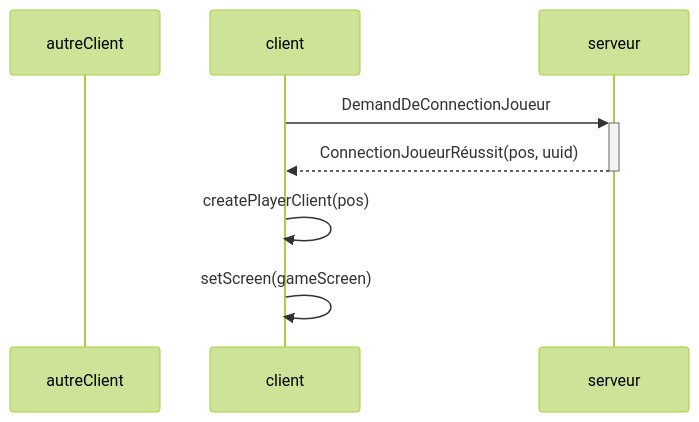
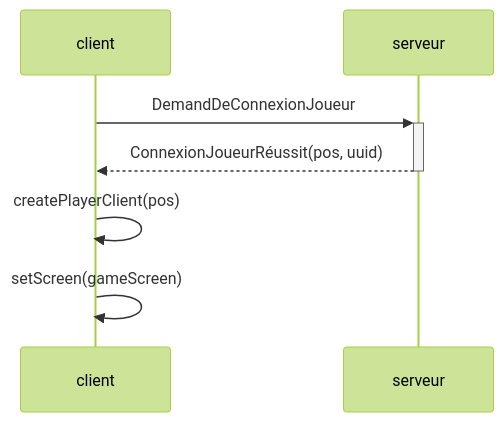
Before and after one commit to FabienChatton/RealmTech: the diagram in communs/src/ch.realmtechCommuns/packet/connectionJoueur.md, drawn with Mermaid (forest theme). The commit also changed 18 other files, not shown here.

Commit message:
Connection -> connexion

````diff
--- a/communs/src/ch.realmtechCommuns/packet/connectionJoueur.md
+++ b/communs/src/ch.realmtechCommuns/packet/connectionJoueur.md
@@ -1,11 +1,10 @@
 ```mermaid
 sequenceDiagram
-    participant autreClient
     participant client
     participant serveur
 
-    client ->>+ serveur: DemandDeConnectionJoueur
-    serveur -->>- client: ConnectionJoueurRéussit(pos, uuid)
+    client ->>+ serveur: DemandDeConnexionJoueur
+    serveur -->>- client: ConnexionJoueurRéussit(pos, uuid)
     client ->> client: createPlayerClient(pos)
     client ->> client: setScreen(gameScreen)
 ```
````
